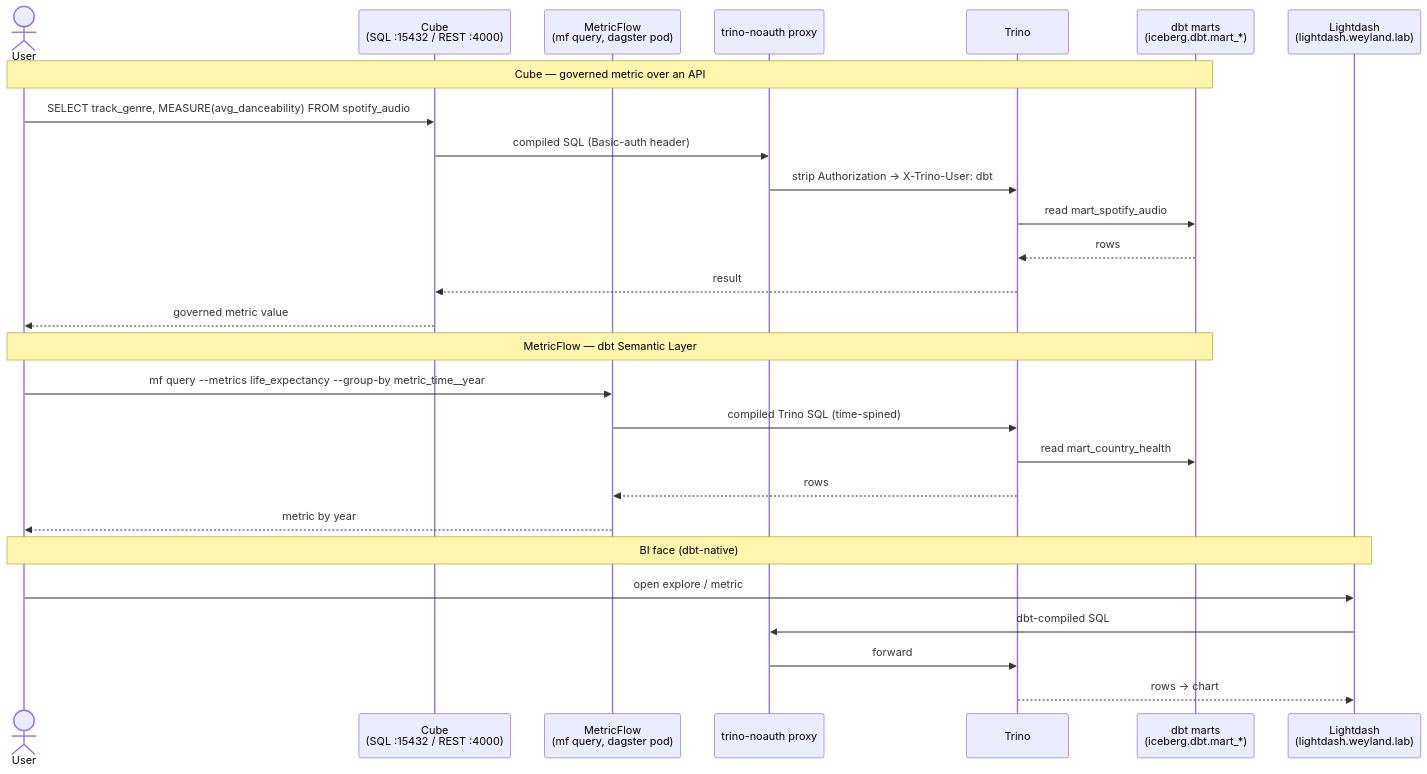
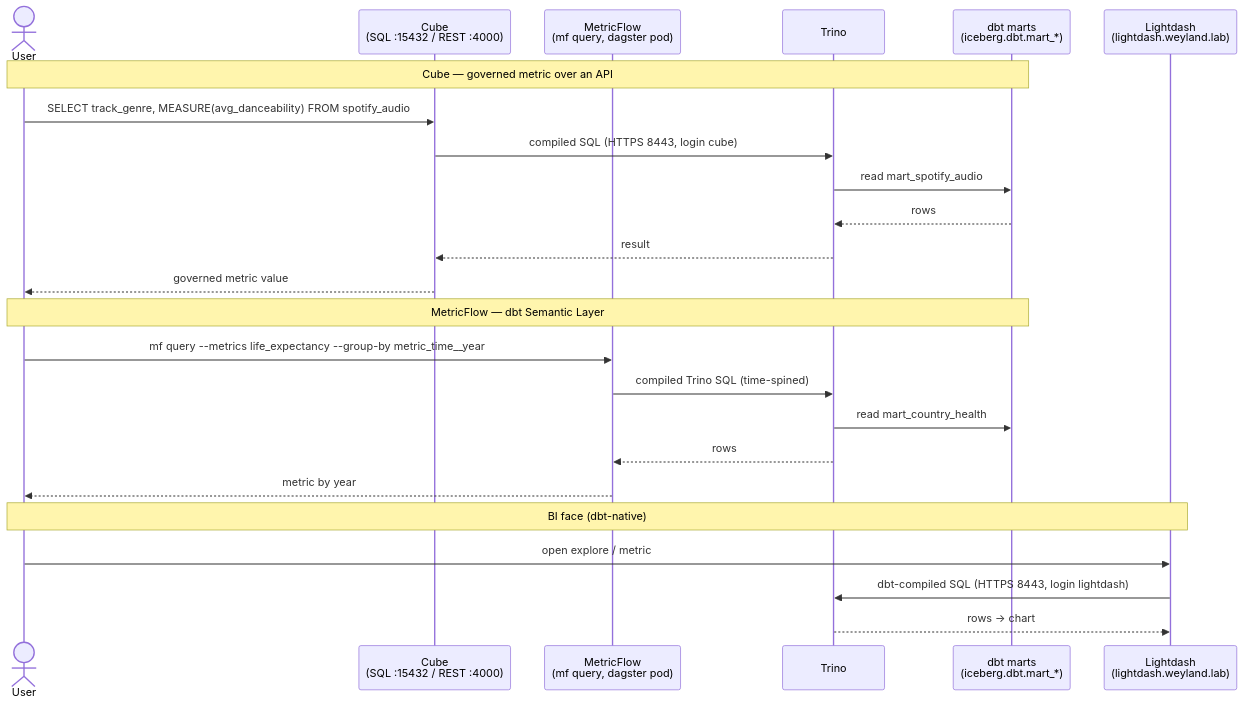
Before and after one commit to edtbl76/weyland-lab: the diagram in docs/demos/semantic-consumption.md, drawn with Mermaid. The commit also changed other lines of this file and 96 other files, not shown here.

Commit message:
Enforce Trino authentication (B233): require passwords over HTTPS (8443) for all callers. Update scripts, docs, tests, and configs accordingly. Add sealed secrets for required credentials.

````diff
--- a/docs/demos/semantic-consumption.md
+++ b/docs/demos/semantic-consumption.md
@@ -14,32 +14,29 @@
 ```mermaid
 sequenceDiagram
     actor User
     participant Cube as Cube<br/>(SQL :15432 / REST :4000)
     participant MF as MetricFlow<br/>(mf query, dagster pod)
-    participant Proxy as trino-noauth proxy
     participant Trino as Trino
     participant Marts as dbt marts<br/>(iceberg.dbt.mart_*)
     participant LD as Lightdash<br/>(lightdash.weyland.lab)
 
     Note over User,Marts: Cube — governed metric over an API
     User->>Cube: SELECT track_genre, MEASURE(avg_danceability) FROM spotify_audio
-    Cube->>Proxy: compiled SQL (Basic-auth header)
-    Proxy->>Trino: strip Authorization → X-Trino-User: dbt
+    Cube->>Trino: compiled SQL (HTTPS 8443, login cube)
     Trino->>Marts: read mart_spotify_audio
     Marts-->>Trino: rows
     Trino-->>Cube: result
     Cube-->>User: governed metric value
 
     Note over User,Marts: MetricFlow — dbt Semantic Layer
     User->>MF: mf query --metrics life_expectancy --group-by metric_time__year
     MF->>Trino: compiled Trino SQL (time-spined)
     Trino->>Marts: read mart_country_health
     Trino-->>MF: rows
     MF-->>User: metric by year
 
     Note over User,LD: BI face (dbt-native)
     User->>LD: open explore / metric
-    LD->>Proxy: dbt-compiled SQL
-    Proxy->>Trino: forward
+    LD->>Trino: dbt-compiled SQL (HTTPS 8443, login lightdash)
     Trino-->>LD: rows → chart
 ```
````
